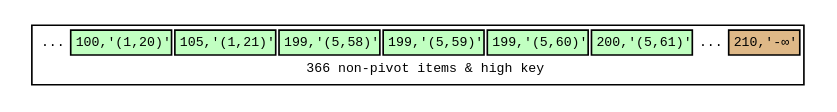
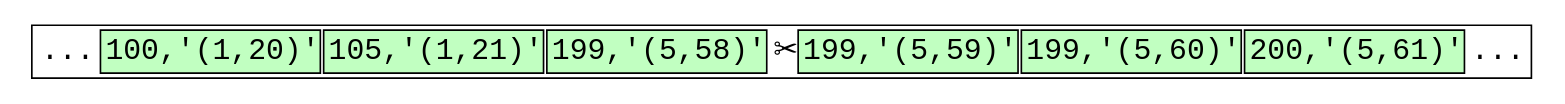
Before and after one commit to petergeoghegan/pg_query_internals: the diagram in leaf-page-split.dot, drawn with Graphviz.

Commit message:
Add leaf page split visualization

```diff
--- a/leaf-page-split.dot
+++ b/leaf-page-split.dot
@@ -1,36 +1,33 @@
 // Example B-Tree graph
 //
 // Breadth-first order
 //
 // Start from root, go left to right
 //
 // Workflow:
 //
 // $ dot -T svg btree.dot -o btree.svg;
 
 digraph nbtree {
 graph [fontname = "monospace"];
-node [shape = none,height=.1,fontname = "monospace",fontsize=8];
+node [shape = none,height=.1,fontname = "monospace",fontsize=18];
 // Level 0 (leaf level)
 leafnode_1[ label=<<table>
                     <tr>
                         <td border="0" bgcolor='white' port="t0">...</td>
                         <td bgcolor='darkseagreen1' port="t1">100,'(1,20)'</td>
                         <td bgcolor='darkseagreen1' port="t2">105,'(1,21)'</td>
                         <td bgcolor='darkseagreen1' port="t2">199,'(5,58)'</td>
+                        <td align="center" border="0" bgcolor='white' port="t3">&#9986;</td>
                         <td bgcolor='darkseagreen1' port="t2">199,'(5,59)'</td>
                         <td bgcolor='darkseagreen1' port="t4">199,'(5,60)'</td>
                         <td bgcolor='darkseagreen1' port="t5">200,'(5,61)'</td>
                         <td border="0" bgcolor='white' port="t3">...</td>
-                        <td bgcolor='burlywood' port="hk">210,'-&infin;'</td>
-                    </tr>
-                    <tr>
-                        <td colspan="9" border="0" bgcolor='white'>366 non-pivot items &amp; high key</td>
                     </tr>
                 </table>
                >
         ];
 //Force alignment from root to internal to leaf levels:
 //edge[style=invis];
 //"rootnode":d1 -> "leafnode_2":t2
 }
```
